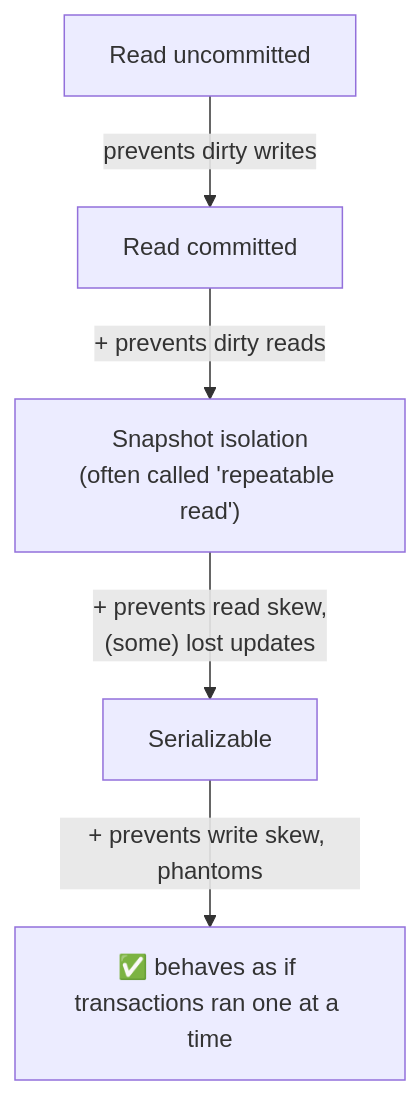
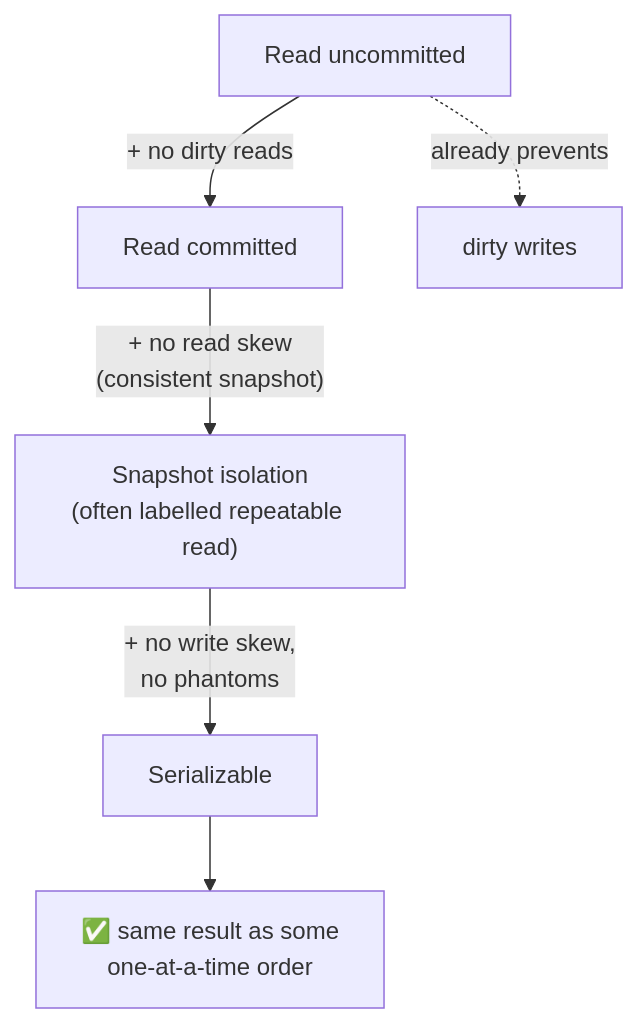
The eighth of 32 diagrams in docs/chapters/part-2/07-transactions.mdx (pratikguru998/ddia-book), drawn with Mermaid before and after one commit. The commit also changed other lines of this file and 13 other files, not shown here.

Commit message:
Expand all 12 chapters: every book subsection, deeper notes, ~320 diagrams

````diff
--- a/docs/chapters/part-2/07-transactions.mdx
+++ b/docs/chapters/part-2/07-transactions.mdx
@@ -50,7 +288,8 @@
 ```mermaid
 flowchart TB
-  RU["Read uncommitted"] -->|"prevents dirty writes"| RC["Read committed"]
-  RC -->|"+ prevents dirty reads"| SI["Snapshot isolation<br/>(often called 'repeatable read')"]
-  SI -->|"+ prevents read skew,<br/>(some) lost updates"| SER["Serializable"]
-  SER -->|"+ prevents write skew, phantoms"| OK["✅ behaves as if transactions ran one at a time"]
+  RU["Read uncommitted"] -->|"+ no dirty reads"| RC["Read committed"]
+  RC -->|"+ no read skew<br/>(consistent snapshot)"| SI["Snapshot isolation<br/>(often labelled repeatable read)"]
+  SI -->|"+ no write skew,<br/>no phantoms"| SER["Serializable"]
+  RU -.->|"already prevents"| DW["dirty writes"]
+  SER --> OK["✅ same result as some<br/>one-at-a-time order"]
 ```
````
